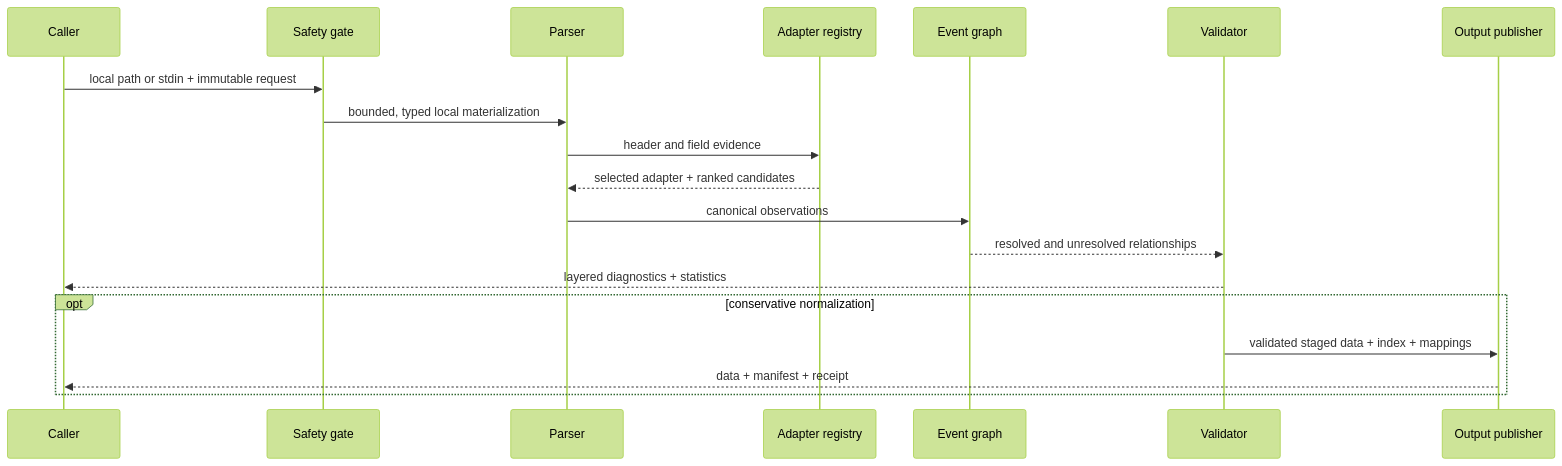
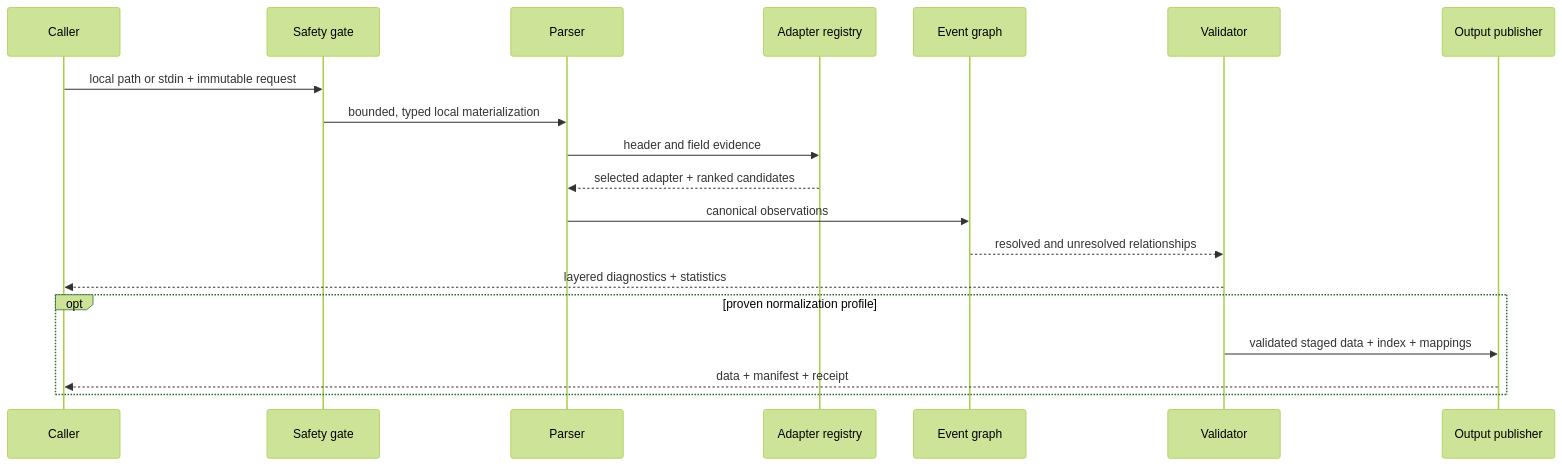
Before and after one commit to lsmc-bio/sv-vcf-stats: the diagram in docs/architecture.md, drawn with Mermaid (forest theme). The commit also changed other lines of this file and 90 other files, not shown here.

````diff
--- a/docs/architecture.md
+++ b/docs/architecture.md
@@ -20,22 +20,22 @@
 ```mermaid
 sequenceDiagram
     participant U as Caller
     participant S as Safety gate
     participant P as Parser
     participant A as Adapter registry
     participant G as Event graph
     participant V as Validator
     participant O as Output publisher
 
     U->>S: local path or stdin + immutable request
     S->>P: bounded, typed local materialization
     P->>A: header and field evidence
     A-->>P: selected adapter + ranked candidates
     P->>G: canonical observations
     G-->>V: resolved and unresolved relationships
     V-->>U: layered diagnostics + statistics
-    opt conservative normalization
+    opt proven normalization profile
         V->>O: validated staged data + index + mappings
         O-->>U: data + manifest + receipt
     end
 ```
````
